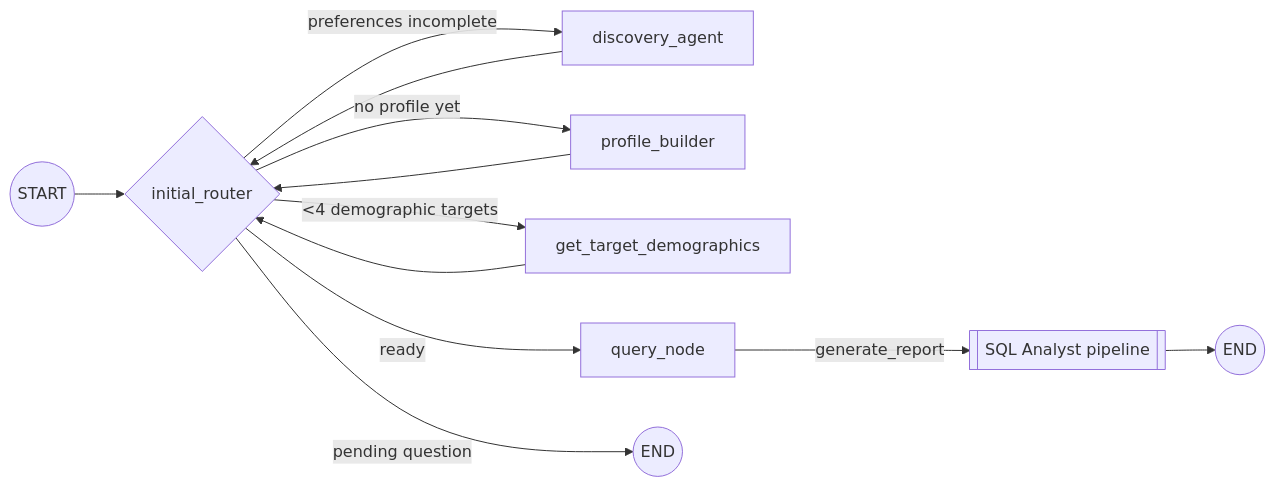
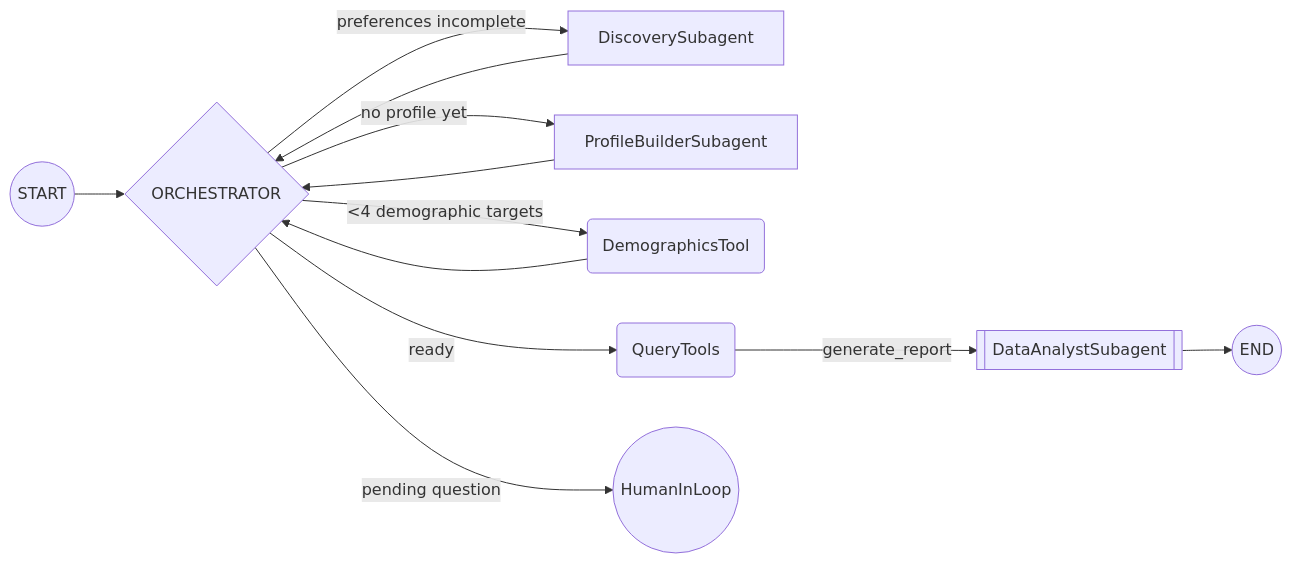
One commit to robcamp-code/Prospector changed the first of 4 diagrams in docs/presentation.md. Above: the diagram before and after it, drawn with Mermaid. The commit also changed 2 other files, not shown here.

Commit message:
updated final reports

````diff
--- a/docs/presentation.md
+++ b/docs/presentation.md
@@ -58,15 +58,15 @@
 ```mermaid
 flowchart LR
-    START((START)) --> router{initial_router}
-    router -->|preferences incomplete| discovery[discovery_agent]
-    router -->|no profile yet| profile_builder[profile_builder]
-    router -->|"<4 demographic targets"| get_target_demographics[get_target_demographics]
-    router -->|ready| query_node[query_node]
-    router -->|pending question| END((END))
+    START((START)) --> router{ORCHESTRATOR}
+    router -->|preferences incomplete| discovery[DiscoverySubagent]
+    router -->|no profile yet| profile_builder[ProfileBuilderSubagent]
+    router -->|"<4 demographic targets"| get_target_demographics(DemographicsTool)
+    router -->|ready| query_node(QueryTools)
+    router -->|pending question| END((HumanInLoop))
 
     discovery --> router
     profile_builder --> router
     get_target_demographics --> router
-    query_node -->|generate_report| sql_agent[[SQL Analyst pipeline]]
+    query_node -->|generate_report| sql_agent[[DataAnalystSubagent]]
     sql_agent --> END2((END))
 ```
````
